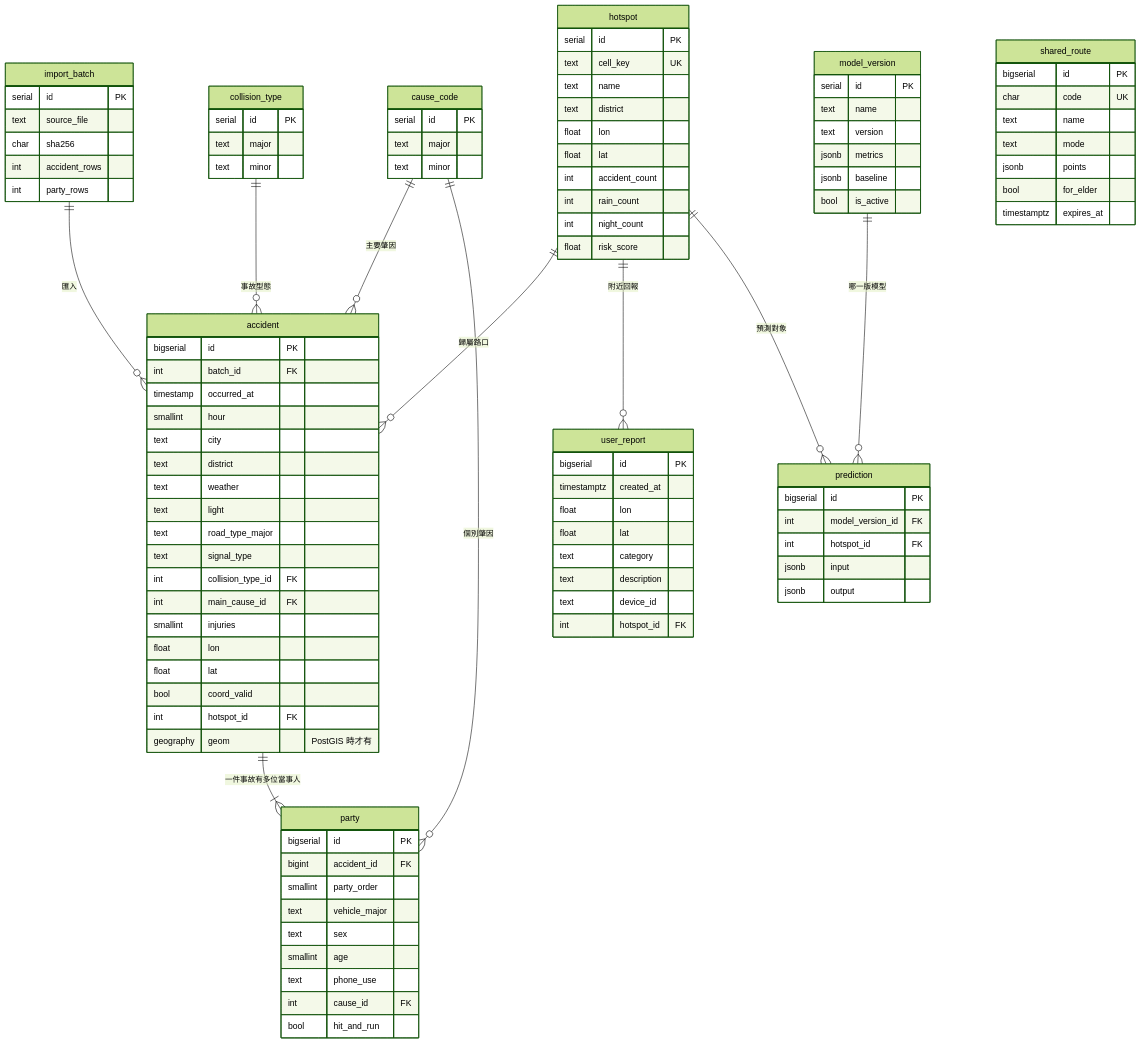
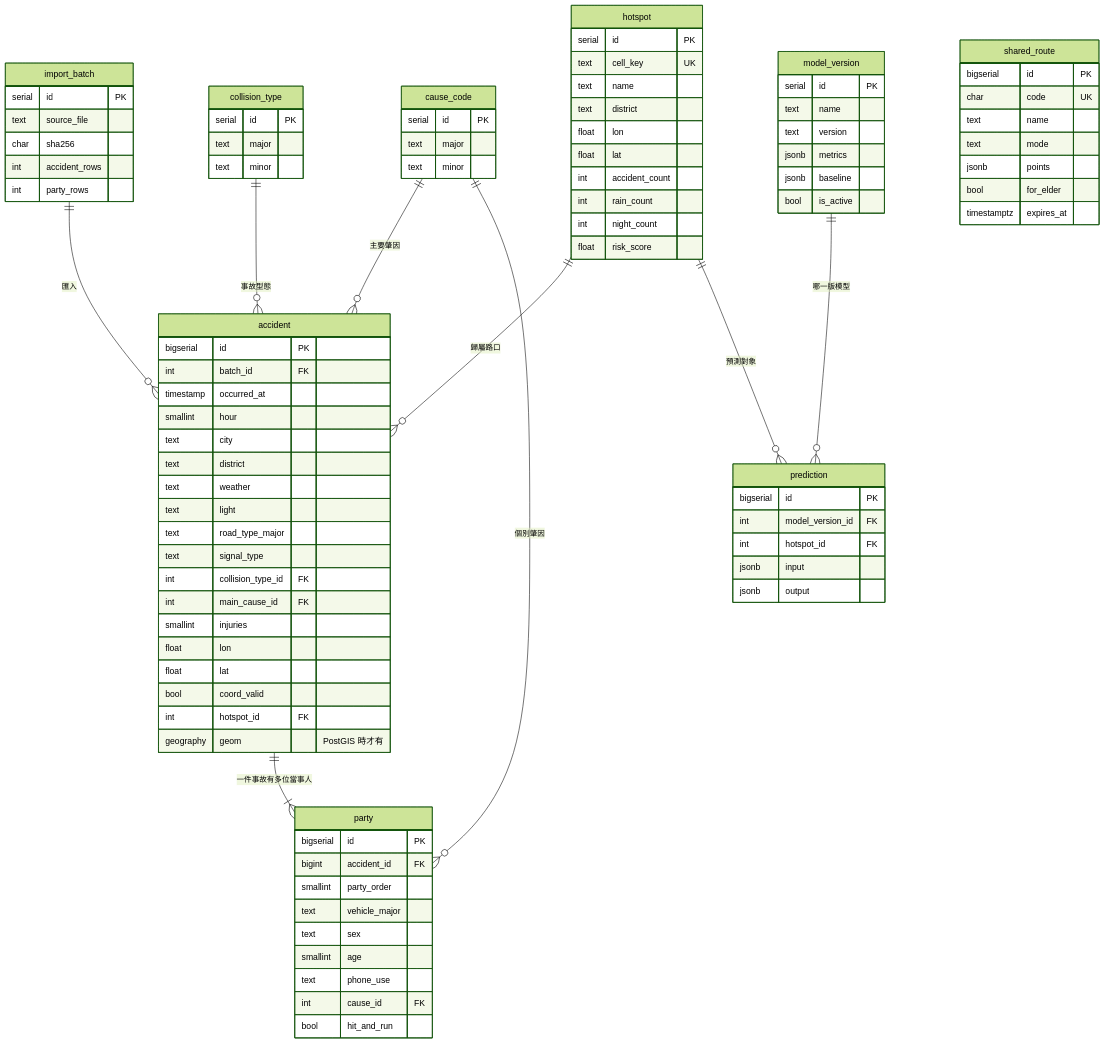
The diagram in docs/er-diagram.md (DHKGOD/YouLuAn-APP), drawn with Mermaid (forest theme) before and after one commit. The commit also changed other lines of this file and 41 other files, not shown here.

```diff
--- a/docs/er-diagram.md
+++ b/docs/er-diagram.md
@@ -11,7 +11,6 @@
     cause_code ||--o{ party : "個別肇因"
     collision_type ||--o{ accident : "事故型態"
     hotspot ||--o{ accident : "歸屬路口"
-    hotspot ||--o{ user_report : "附近回報"
     hotspot ||--o{ prediction : "預測對象"
     model_version ||--o{ prediction : "哪一版模型"
     shared_route {
@@ -84,16 +83,6 @@
         int night_count
         float risk_score
     }
-    user_report {
-        bigserial id PK
-        timestamptz created_at
-        float lon
-        float lat
-        text category
-        text description
-        text device_id
-        int hotspot_id FK
-    }
     model_version {
         serial id PK
         text name
```
